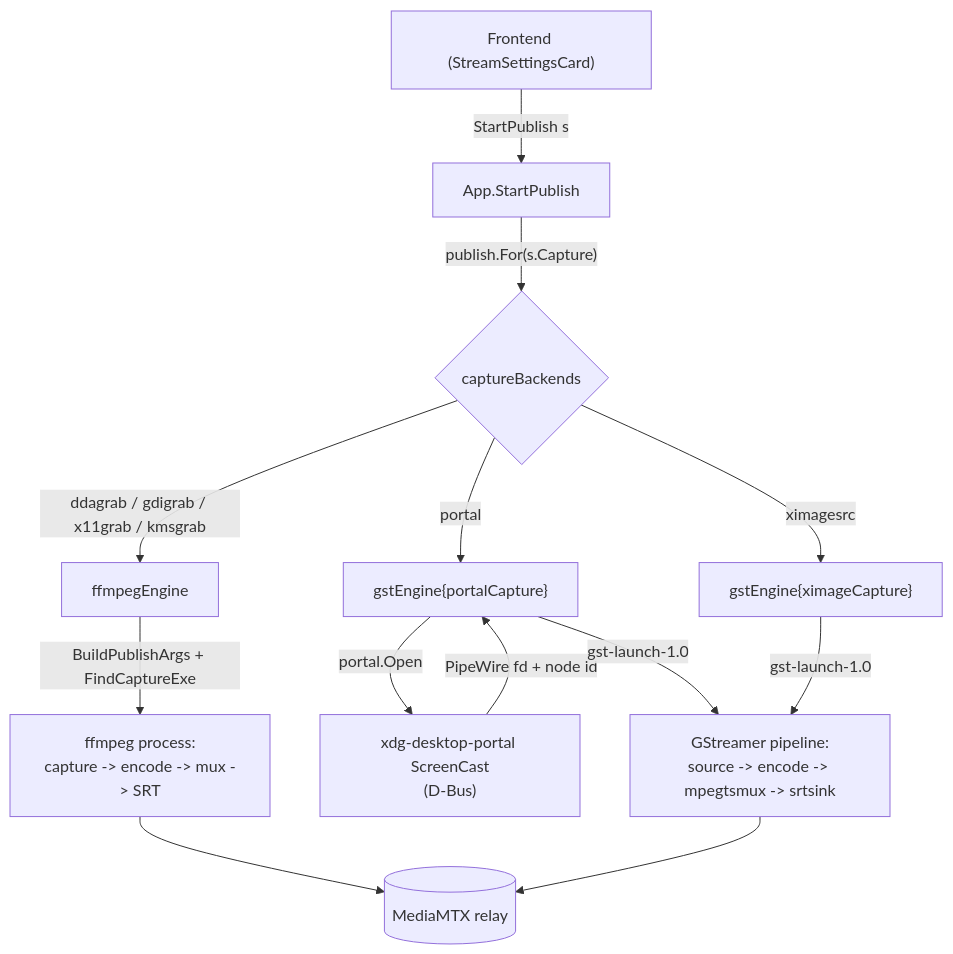
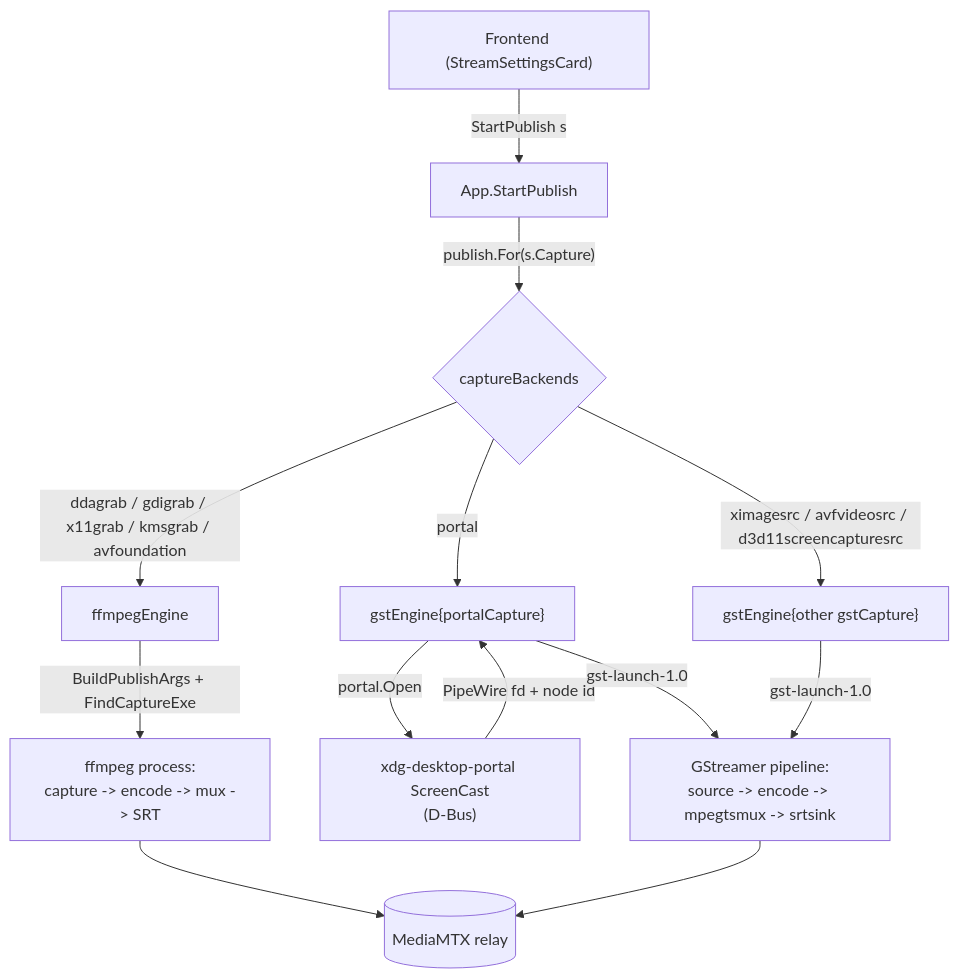
The diagram in docs/capture-architecture.md (bjoern621/screen-sharing), drawn with Mermaid before and after one commit. The commit also changed other lines of this file and 56 other files, not shown here.

````diff
--- a/docs/capture-architecture.md
+++ b/docs/capture-architecture.md
@@ -14,15 +14,15 @@
 ```mermaid
 flowchart TD
     UI["Frontend (StreamSettingsCard)"] -->|StartPublish s| App["App.StartPublish"]
     App -->|"publish.For(s.Capture)"| Reg{"captureBackends"}
-    Reg -->|ddagrab / gdigrab / x11grab / kmsgrab| FE["ffmpegEngine"]
+    Reg -->|ddagrab / gdigrab / x11grab / kmsgrab / avfoundation| FE["ffmpegEngine"]
     Reg -->|portal| GP["gstEngine{portalCapture}"]
-    Reg -->|ximagesrc| GX["gstEngine{ximageCapture}"]
+    Reg -->|ximagesrc / avfvideosrc / d3d11screencapturesrc| GX["gstEngine{other gstCapture}"]
     FE -->|"BuildPublishArgs + FindCaptureExe"| FF["ffmpeg process:<br/>capture -> encode -> mux -> SRT"]
     GP -->|portal.Open| PortalSvc["xdg-desktop-portal ScreenCast<br/>(D-Bus)"]
     PortalSvc -->|PipeWire fd + node id| GP
     GP -->|gst-launch-1.0| GST["GStreamer pipeline:<br/>source -> encode -> mpegtsmux -> srtsink"]
     GX -->|gst-launch-1.0| GST
     FF --> Relay[("MediaMTX relay")]
     GST --> Relay
 ```
````
